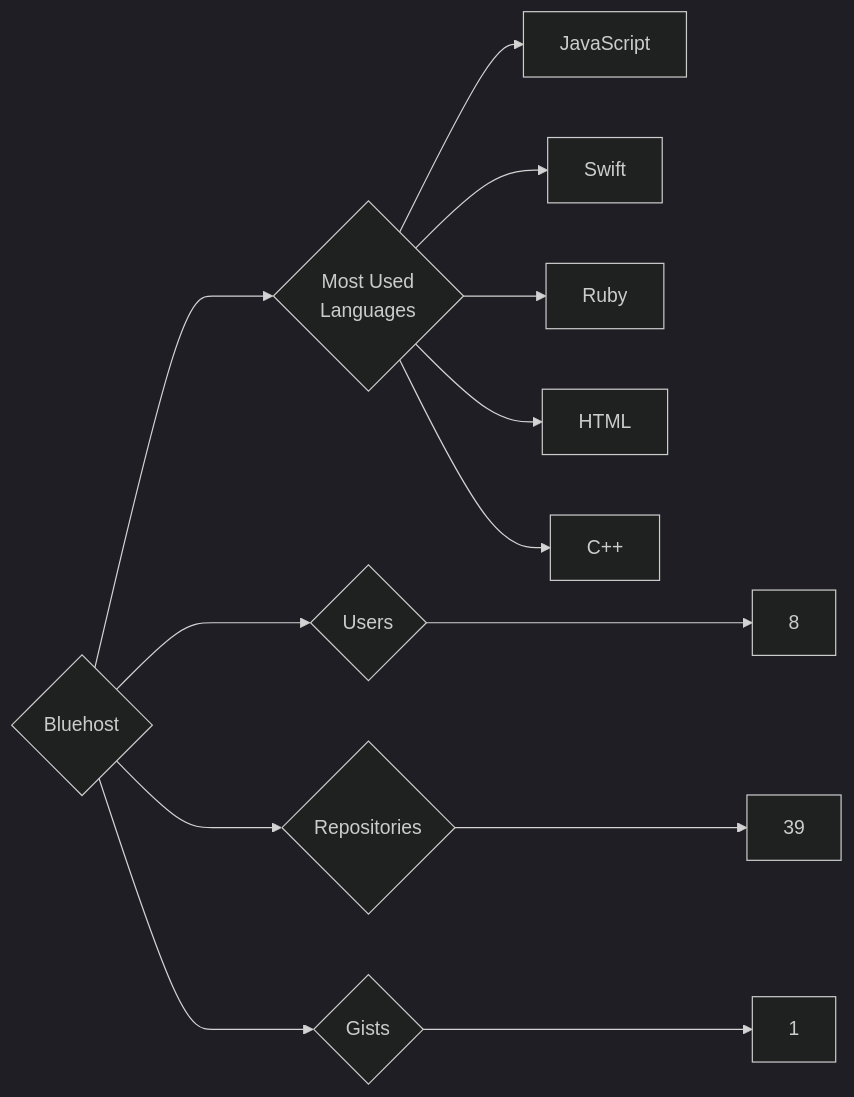
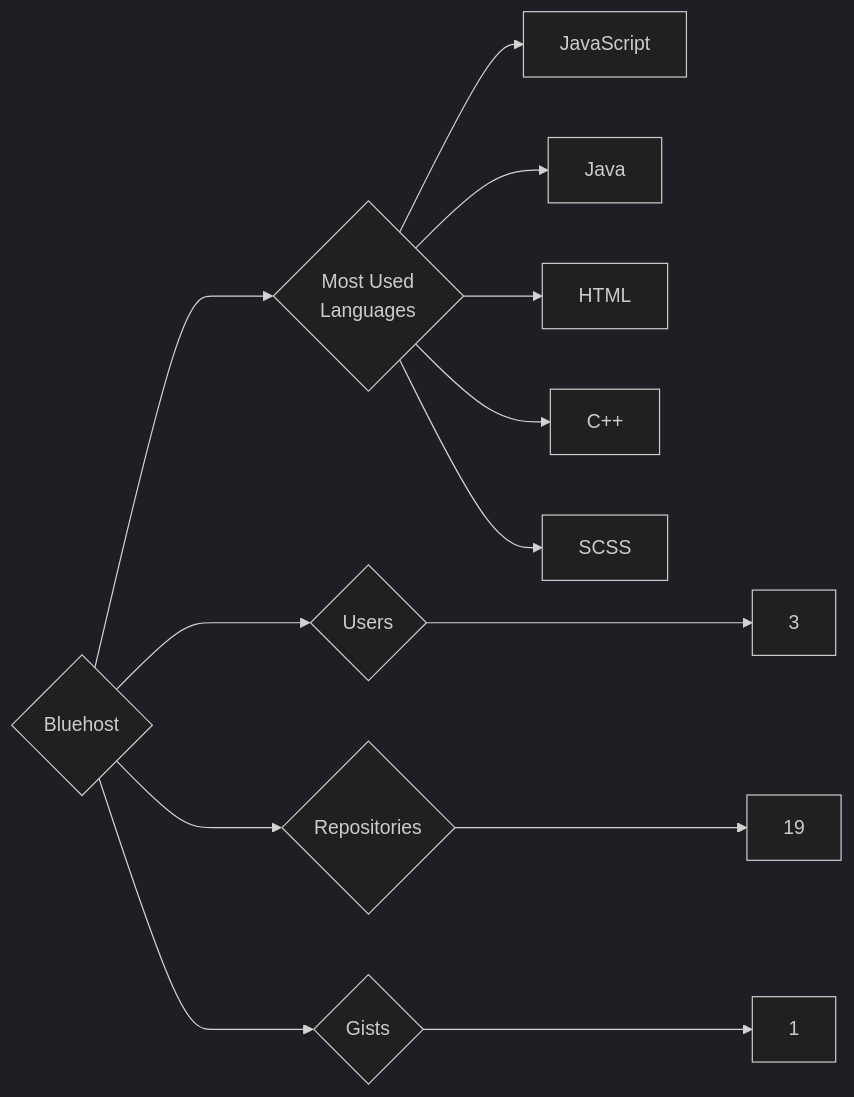
One commit to trickest/insiders changed the diagram in targets/Bluehost/README.md. Above: the diagram before and after it, drawn with Mermaid (dark theme). The commit also changed 933 other files, not shown here.

````diff
--- a/targets/Bluehost/README.md
+++ b/targets/Bluehost/README.md
@@ -3,13 +3,13 @@
 ```mermaid
 graph LR
 COMPANY_NAME{Bluehost}
-COMPANY_NAME ---> U{Users} ---> UN[8]
-COMPANY_NAME ---> R{Repositories} ---> RN[39]
+COMPANY_NAME ---> U{Users} ---> UN[3]
+COMPANY_NAME ---> R{Repositories} ---> RN[19]
 COMPANY_NAME ---> G{Gists} ---> GN[1]
 COMPANY_NAME ---> ML{Most Used<br>Languages}
 ML --> JavaScript[JavaScript]
-ML --> Swift[Swift]
-ML --> Ruby[Ruby]
+ML --> Java[Java]
 ML --> HTML[HTML]
 ML --> C++[C++]
+ML --> SCSS[SCSS]
 ```
````
